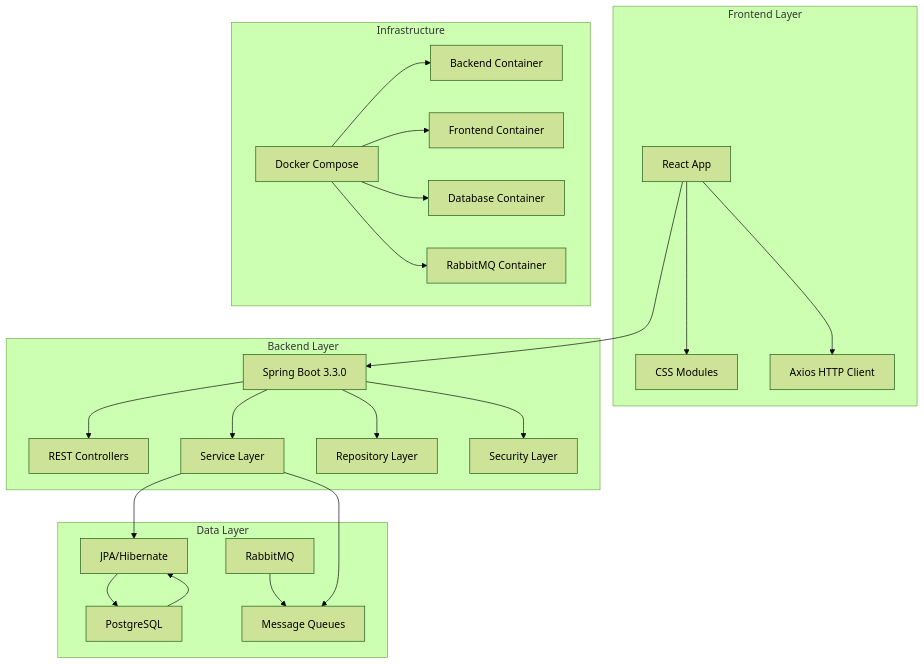
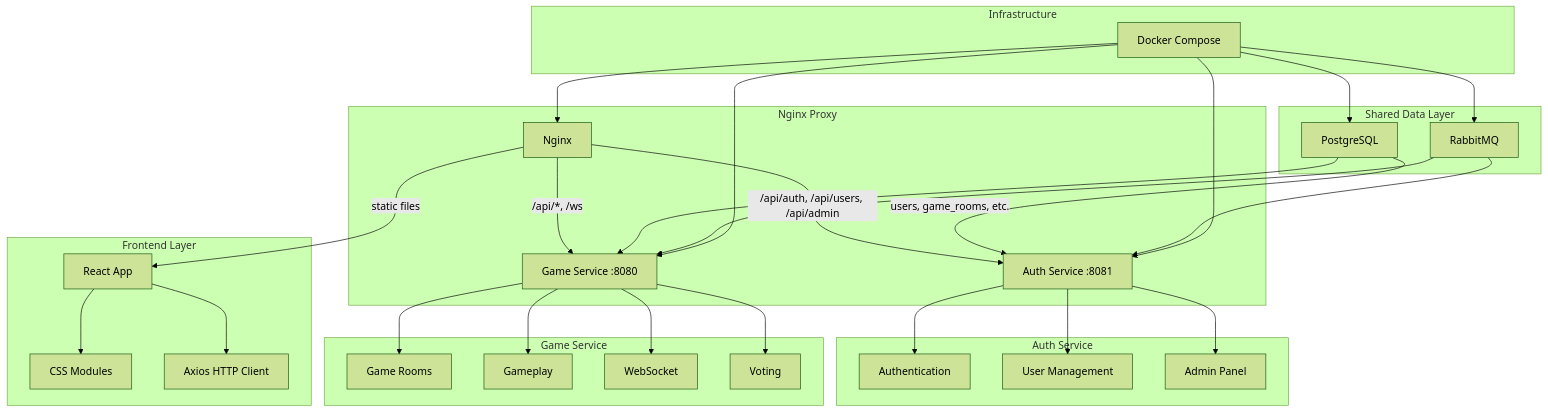
Before and after one commit to balicz3k/eMafia: the first of 2 diagrams in README.md, drawn with Mermaid (forest theme). The commit also changed other lines of this file and 77 other files, not shown here.

First line of the commit message:
refactor: Split monolith into microservices (auth-service + game-service)

````diff
--- a/README.md
+++ b/README.md
@@ -71,31 +73,41 @@
 ```mermaid
 graph TB
     subgraph "Frontend Layer"
         A[React App] --> B[CSS Modules]
         A --> C[Axios HTTP Client]
     end
 
-    subgraph "Backend Layer"
-        D[Spring Boot 3.3.0] --> E[REST Controllers]
-        D --> F[Service Layer]
-        D --> G[Repository Layer]
-        D --> H[Security Layer]
+    subgraph "Nginx Proxy"
+        N[Nginx] --> |/api/auth, /api/users, /api/admin| AUTH[Auth Service :8081]
+        N --> |/api/*, /ws| GAME[Game Service :8080]
+        N --> |static files| A
     end
 
-    subgraph "Data Layer"
-        I[PostgreSQL] --> J[JPA/Hibernate]
-        K[RabbitMQ] --> L[Message Queues]
+    subgraph "Auth Service"
+        AUTH --> AS[Authentication]
+        AUTH --> US[User Management]
+        AUTH --> AD[Admin Panel]
+    end
+
+    subgraph "Game Service"
+        GAME --> GR[Game Rooms]
+        GAME --> GP[Gameplay]
+        GAME --> WS[WebSocket]
+        GAME --> VT[Voting]
+    end
+
+    subgraph "Shared Data Layer"
+        DB[PostgreSQL] --> |users, game_rooms, etc.| AUTH
+        DB --> GAME
+        RMQ[RabbitMQ] --> AUTH
+        RMQ --> GAME
     end
 
     subgraph "Infrastructure"
-        M[Docker Compose] --> N[Backend Container]
-        M --> O[Frontend Container]
-        M --> P[Database Container]
-        M --> Q[RabbitMQ Container]
+        M[Docker Compose] --> AUTH
+        M --> GAME
+        M --> N
+        M --> DB
+        M --> RMQ
     end
-
-    A --> D
-    F --> J
-    F --> L
-    J --> I
 ```
````
